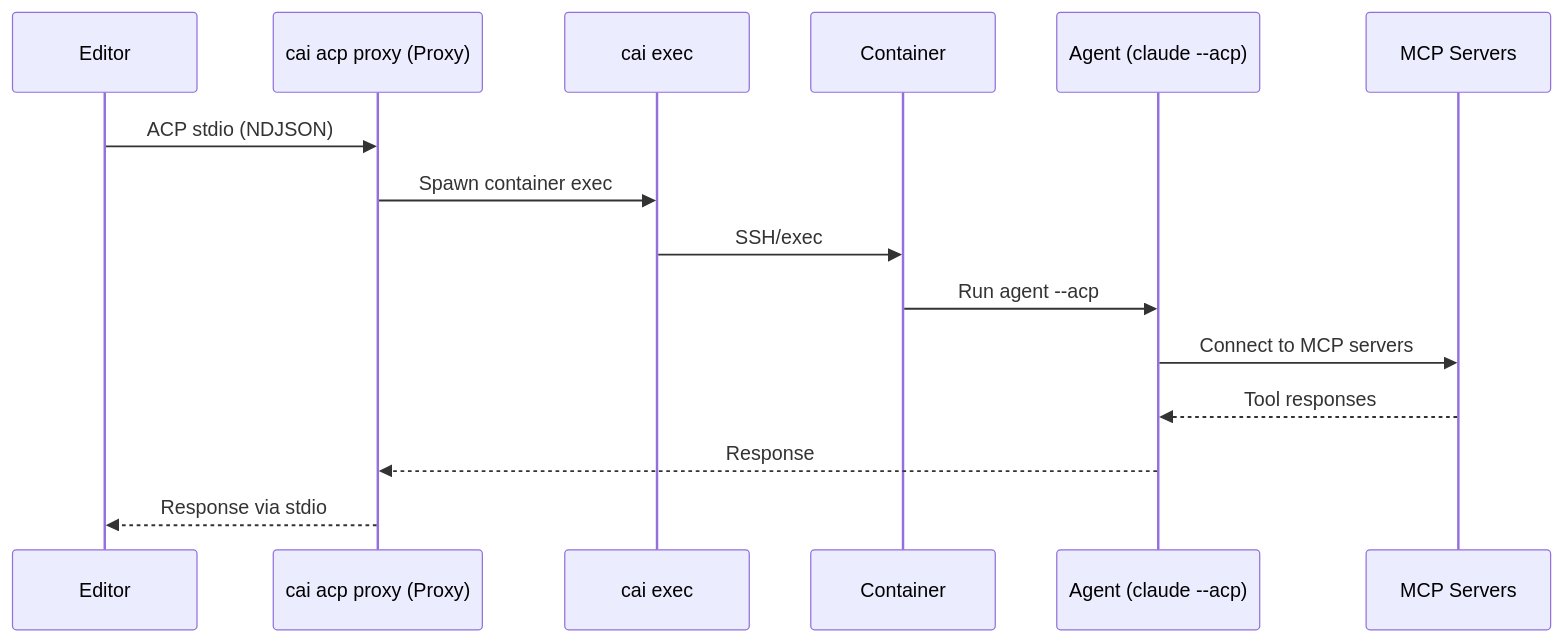
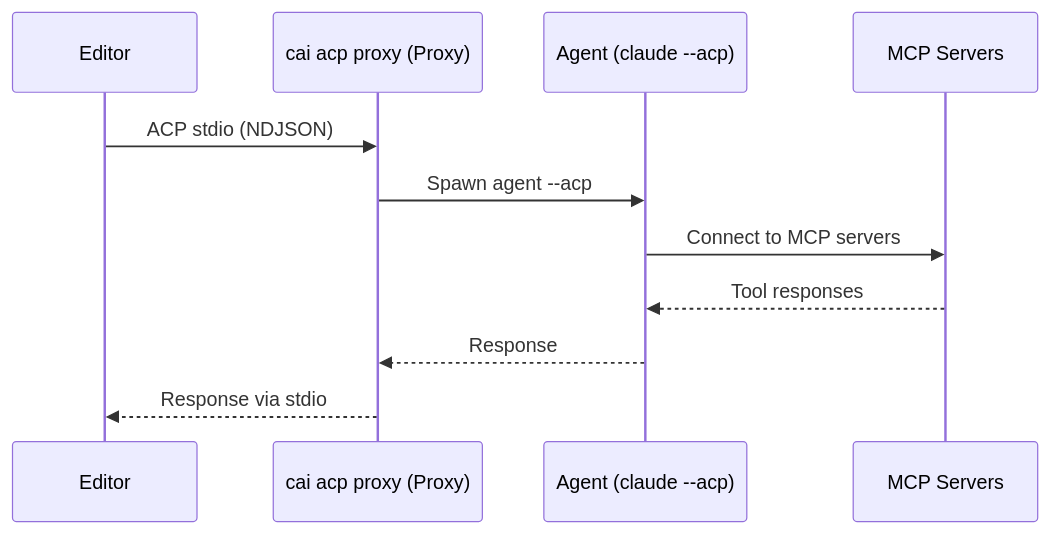
The diagram in docs/acp.md (novotnyllc/ContainAI), drawn with Mermaid before and after one commit. The commit also changed other lines of this file and 11 other files, not shown here.

````diff
--- a/docs/acp.md
+++ b/docs/acp.md
@@ -32,18 +32,14 @@
 ```mermaid
 sequenceDiagram
     participant Editor
     participant Proxy as cai acp proxy (Proxy)
-    participant Exec as cai exec
-    participant Container
     participant Agent as Agent (claude --acp)
     participant MCP as MCP Servers
 
     Editor->>Proxy: ACP stdio (NDJSON)
-    Proxy->>Exec: Spawn container exec
-    Exec->>Container: SSH/exec
-    Container->>Agent: Run agent --acp
+    Proxy->>Agent: Spawn agent --acp
     Agent->>MCP: Connect to MCP servers
     MCP-->>Agent: Tool responses
     Agent-->>Proxy: Response
     Proxy-->>Editor: Response via stdio
 ```
````
